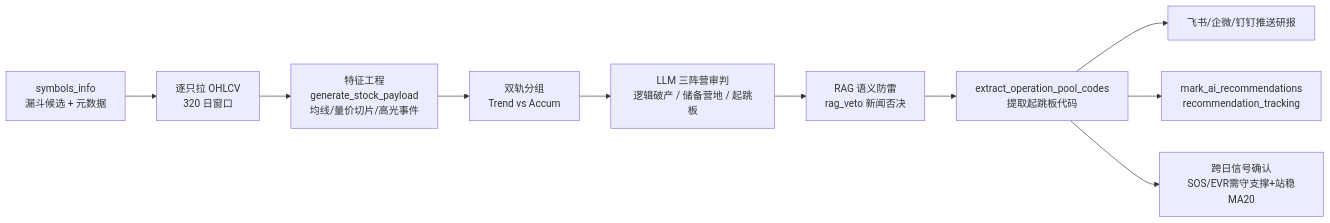
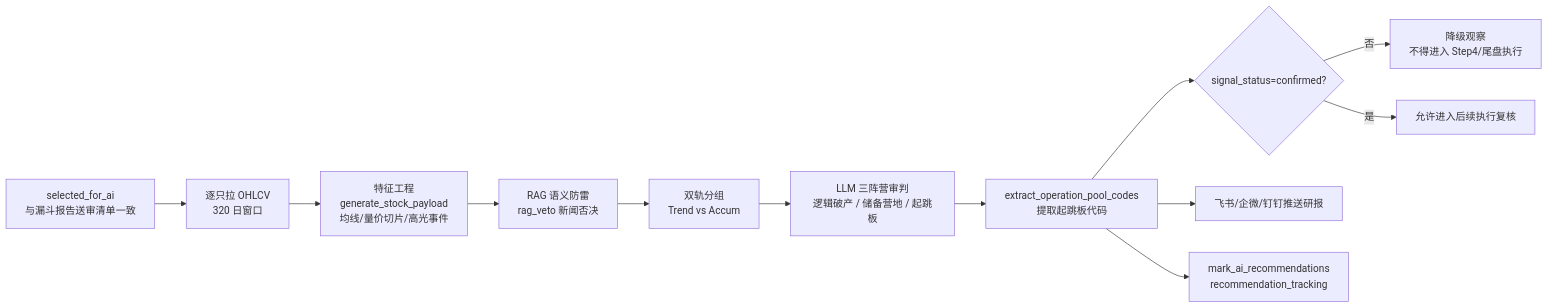
Before and after one commit to niyoh120/Wyckoff-Analysis: the fourth of 7 diagrams in docs/A_SHARE_FUNNEL_FLOW.md, drawn with Mermaid. The commit also changed other lines of this file and 8 other files, not shown here.

````diff
--- a/docs/A_SHARE_FUNNEL_FLOW.md
+++ b/docs/A_SHARE_FUNNEL_FLOW.md
@@ -266,12 +266,14 @@
 ```mermaid
 flowchart LR
-    IN["symbols_info<br/>漏斗候选 + 元数据"] --> FETCH["逐只拉 OHLCV<br/>320 日窗口"]
+    IN["selected_for_ai<br/>与漏斗报告送审清单一致"] --> FETCH["逐只拉 OHLCV<br/>320 日窗口"]
     FETCH --> FEAT["特征工程<br/>generate_stock_payload<br/>均线/量价切片/高光事件"]
-    FEAT --> SPLIT["双轨分组<br/>Trend vs Accum"]
+    FEAT --> RAG["RAG 语义防雷<br/>rag_veto 新闻否决"]
+    RAG --> SPLIT["双轨分组<br/>Trend vs Accum"]
     SPLIT --> LLM["LLM 三阵营审判<br/>逻辑破产 / 储备营地 / 起跳板"]
-    LLM --> RAG["RAG 语义防雷<br/>rag_veto 新闻否决"]
-    RAG --> OUT["extract_operation_pool_codes<br/>提取起跳板代码"]
+    LLM --> OUT["extract_operation_pool_codes<br/>提取起跳板代码"]
+    OUT --> GATE{"signal_status=confirmed?"}
+    GATE -->|否| WATCH["降级观察<br/>不得进入 Step4/尾盘执行"]
+    GATE -->|是| EXEC["允许进入后续执行复核"]
     OUT --> PUSH["飞书/企微/钉钉推送研报"]
     OUT --> MARK["mark_ai_recommendations<br/>recommendation_tracking"]
-    OUT --> CONF["跨日信号确认<br/>SOS/EVR需守支撑+站稳MA20"]
 ```
````
